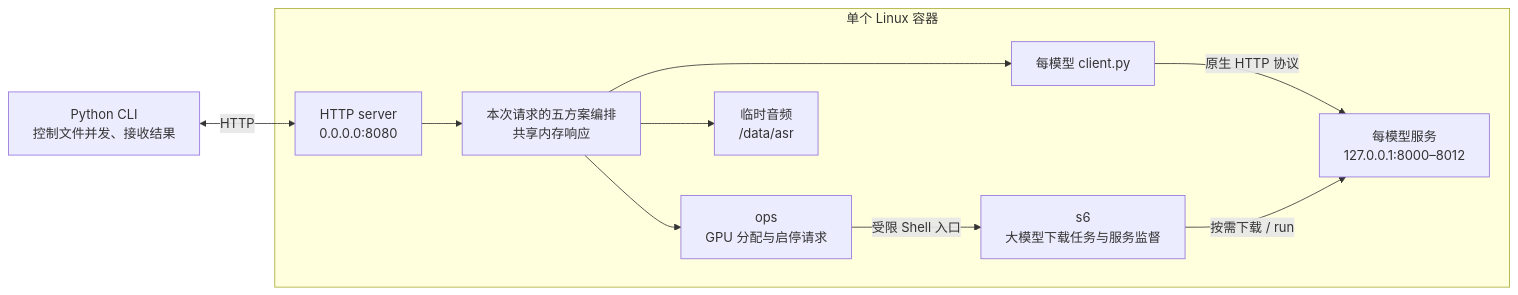
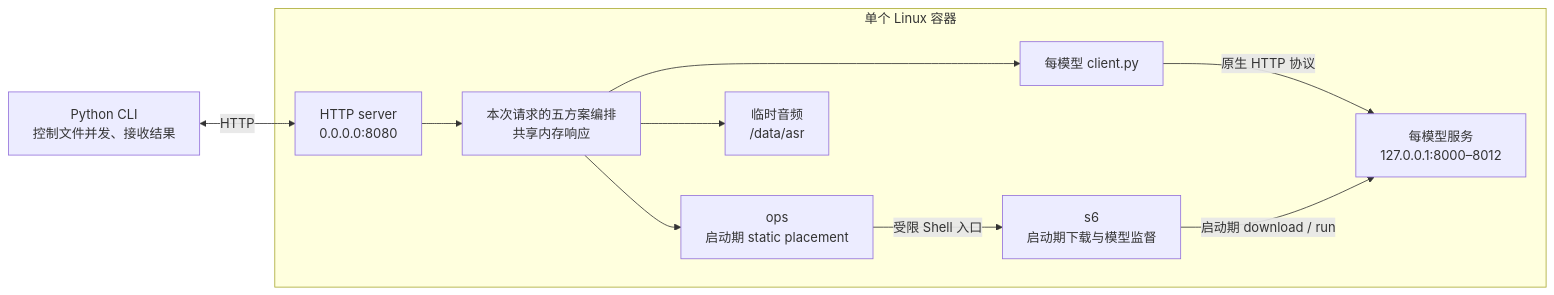
One commit to curoky/codespace changed the first of 5 diagrams in platform/container/services/asr/DESIGN.md. Above: the diagram before and after it, drawn with Mermaid. The commit also changed other lines of this file and 74 other files, not shown here.

First line of the commit message:
refactor(asr)!: simplify static model deployment

````diff
--- a/platform/container/services/asr/DESIGN.md
+++ b/platform/container/services/asr/DESIGN.md
@@ -16,21 +17,21 @@
 ```mermaid
 flowchart LR
     CLI[Python CLI<br/>控制文件并发、接收结果]
     subgraph Container[单个 Linux 容器]
         API[HTTP server<br/>0.0.0.0:8080]
         Pipeline[本次请求的五方案编排<br/>共享内存响应]
-        Ops[ops<br/>GPU 分配与启停请求]
-        S6[s6<br/>大模型下载任务与服务监督]
+        Ops[ops<br/>启动期 static placement]
+        S6[s6<br/>启动期下载与模型监督]
         Client[每模型 client.py]
         Model[每模型服务<br/>127.0.0.1:8000–8012]
         Data[临时音频<br/>/data/asr]
         API --> Pipeline
         Pipeline --> Client
         Client -->|原生 HTTP 协议| Model
         Pipeline --> Ops
         Ops -->|受限 Shell 入口| S6
-        S6 -->|按需下载 / run| Model
+        S6 -->|启动期 download / run| Model
         Pipeline --> Data
     end
     CLI <-->|HTTP| API
 ```
````
